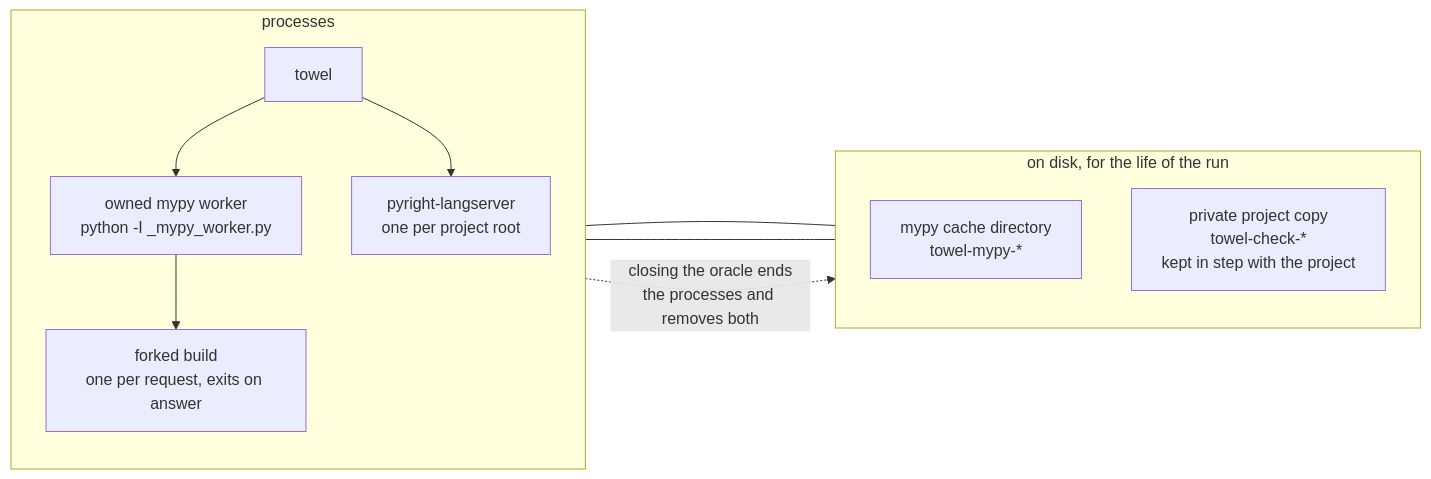
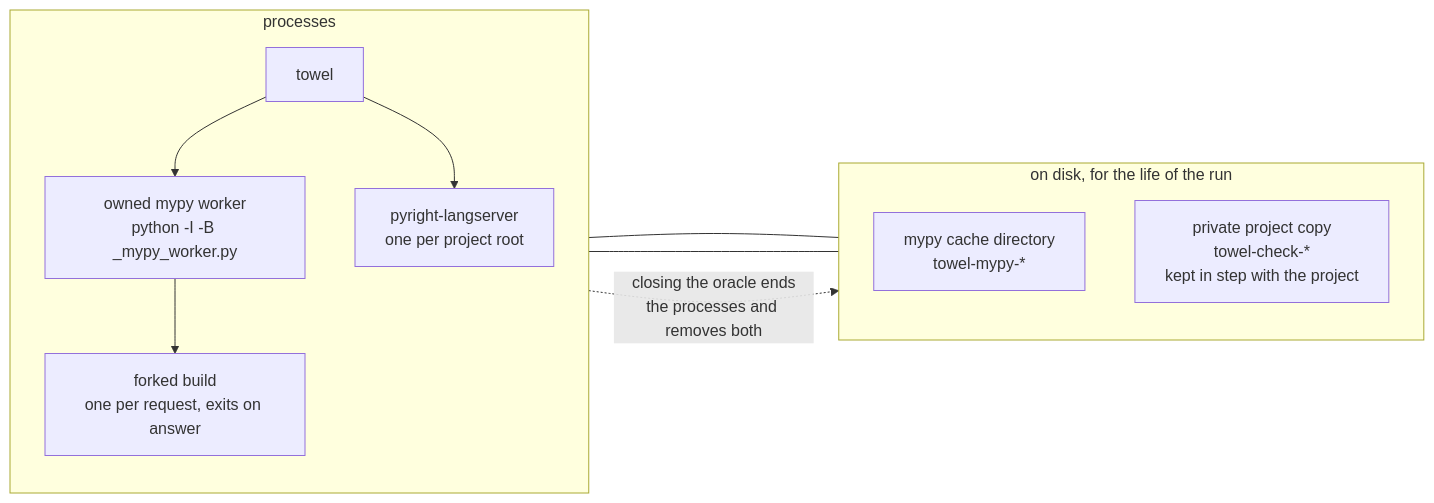
The second of 5 diagrams in docs/ARCHITECTURE.md (ericeallen/towel), drawn with Mermaid before and after one commit. The commit also changed other lines of this file and 8 other files, not shown here.

````diff
--- a/docs/ARCHITECTURE.md
+++ b/docs/ARCHITECTURE.md
@@ -429,23 +433,23 @@
 ```mermaid
 flowchart LR
     subgraph proc["processes"]
         direction TB
         towel["towel"]
-        worker["owned mypy worker<br/>python -I _mypy_worker.py"]
+        worker["owned mypy worker<br/>python -I -B _mypy_worker.py"]
         build["forked build<br/>one per request, exits on answer"]
         server["pyright-langserver<br/>one per project root"]
         towel --> worker
         worker --> build
         towel --> server
     end
 
     subgraph disk["on disk, for the life of the run"]
         direction TB
         cache["mypy cache directory<br/>towel-mypy-*"]
         copy["private project copy<br/>towel-check-*<br/>kept in step with the project"]
     end
 
     build --- cache
     server --- copy
     towel -. "closing the oracle ends<br/>the processes and removes both" .-> disk
 ```
````
